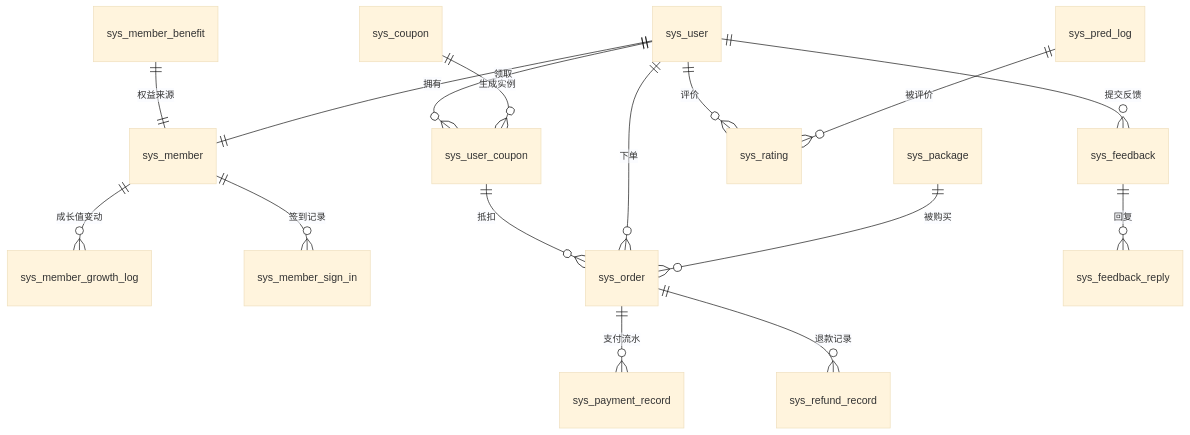
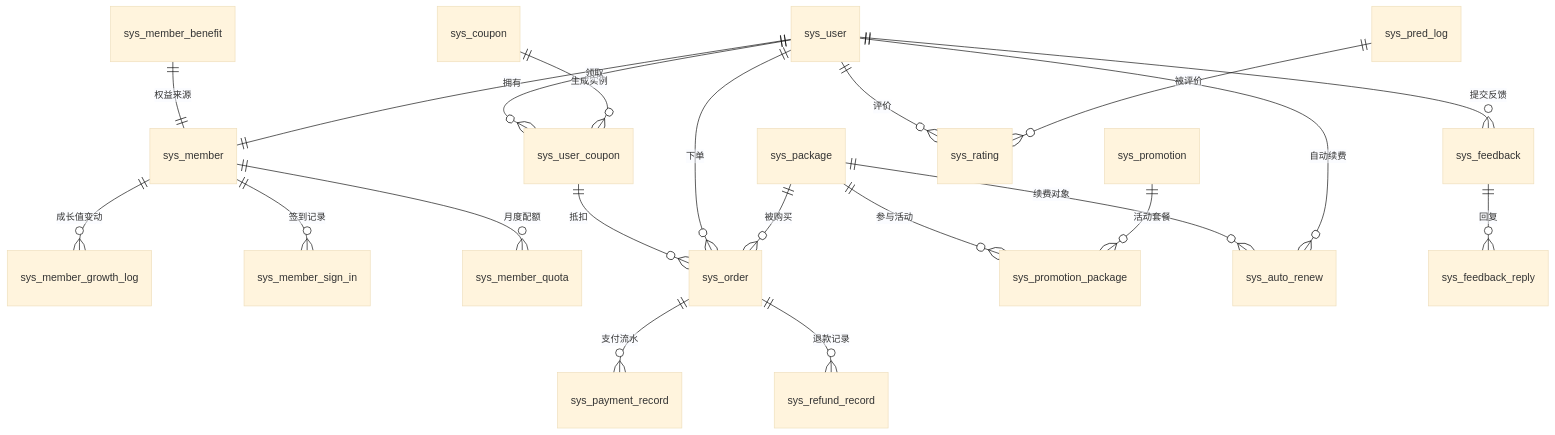
Before and after one commit to earthy-zinc/dehaze-system: the fourth of 5 diagrams in dehaze-doc/docs/02-系统架构/03-数据库设计.md, drawn with Mermaid (base theme). The commit also changed other lines of this file, not shown here.

First line of the commit message:
docs: 更新系统设计文档，补充ER图和规范细节

````diff
--- a/dehaze-doc/docs/02-系统架构/03-数据库设计.md
+++ b/dehaze-doc/docs/02-系统架构/03-数据库设计.md
@@ -111,18 +111,23 @@
 ```mermaid
 erDiagram
     sys_user ||--|| sys_member : "拥有"
     sys_member ||--o{ sys_member_growth_log : "成长值变动"
     sys_member ||--o{ sys_member_sign_in : "签到记录"
+    sys_member ||--o{ sys_member_quota : "月度配额"
     sys_member_benefit ||--|| sys_member : "权益来源"
     sys_package ||--o{ sys_order : "被购买"
+    sys_promotion ||--o{ sys_promotion_package : "活动套餐"
+    sys_package ||--o{ sys_promotion_package : "参与活动"
     sys_coupon ||--o{ sys_user_coupon : "生成实例"
     sys_user ||--o{ sys_user_coupon : "领取"
     sys_user ||--o{ sys_order : "下单"
     sys_order ||--o{ sys_payment_record : "支付流水"
     sys_order ||--o{ sys_refund_record : "退款记录"
     sys_user_coupon ||--o{ sys_order : "抵扣"
+    sys_user ||--o{ sys_auto_renew : "自动续费"
+    sys_package ||--o{ sys_auto_renew : "续费对象"
     sys_pred_log ||--o{ sys_rating : "被评价"
     sys_user ||--o{ sys_rating : "评价"
     sys_user ||--o{ sys_feedback : "提交反馈"
     sys_feedback ||--o{ sys_feedback_reply : "回复"
 ```
````
